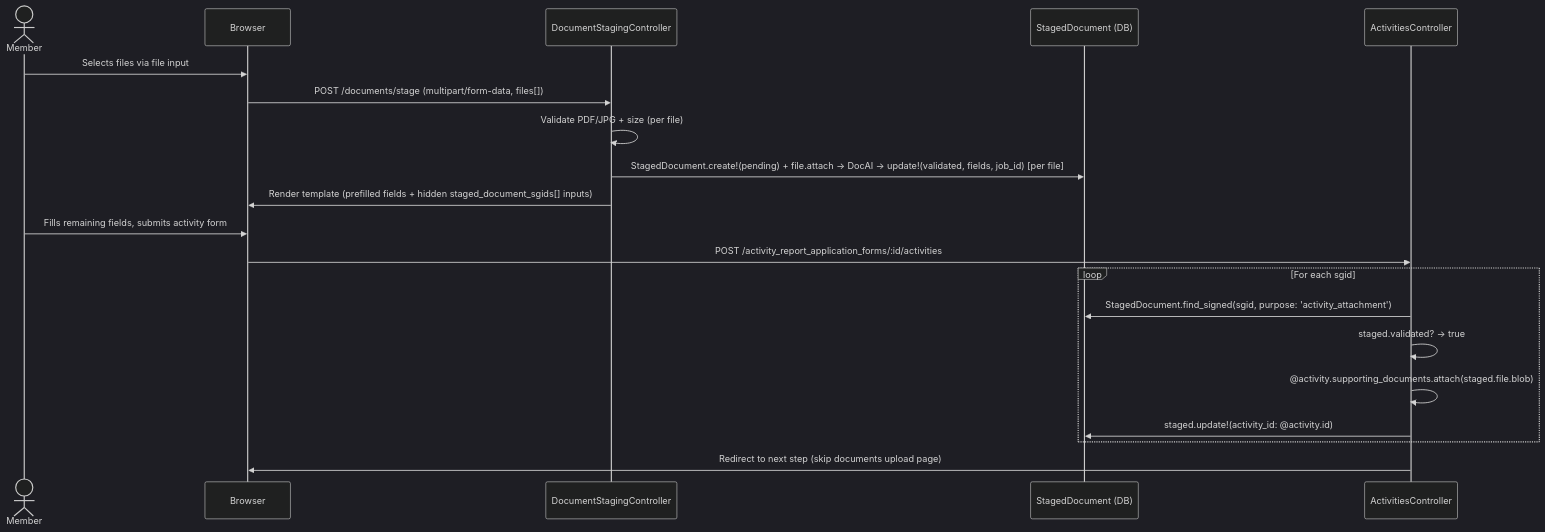
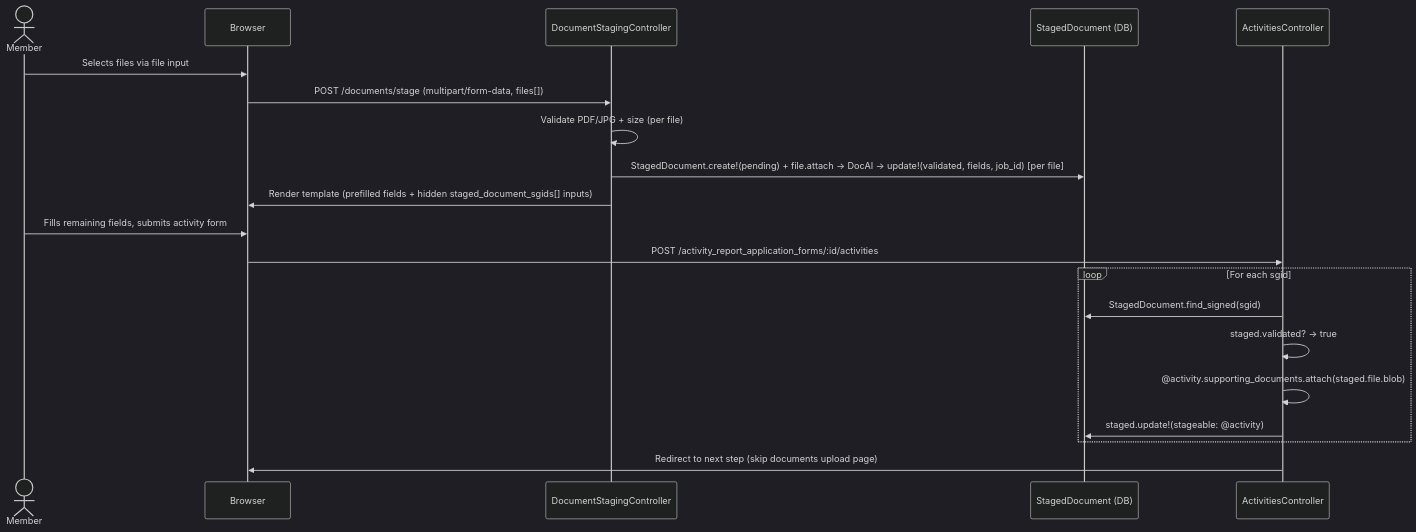
One commit to navapbc/oscer changed the third of 7 diagrams in docs/architecture/doc-ai-integration/doc-ai-api.md. Above: the diagram before and after it, drawn with Mermaid (dark theme). The commit also changed other lines of this file, not shown here.

````diff
--- a/docs/architecture/doc-ai-integration/doc-ai-api.md
+++ b/docs/architecture/doc-ai-integration/doc-ai-api.md
@@ -136,24 +136,24 @@
 ```mermaid
 sequenceDiagram
     actor Member
     participant Browser
     participant Staging as DocumentStagingController
     participant DB as StagedDocument (DB)
     participant Activities as ActivitiesController
 
     Member->>Browser: Selects files via file input
     Browser->>Staging: POST /documents/stage (multipart/form-data, files[])
     Staging->>Staging: Validate PDF/JPG + size (per file)
     Staging->>DB: StagedDocument.create!(pending) + file.attach → DocAI → update!(validated, fields, job_id) [per file]
     Staging->>Browser: Render template (prefilled fields + hidden staged_document_sgids[] inputs)
 
     Member->>Browser: Fills remaining fields, submits activity form
     Browser->>Activities: POST /activity_report_application_forms/:id/activities
     loop For each sgid
-        Activities->>DB: StagedDocument.find_signed(sgid, purpose: 'activity_attachment')
+        Activities->>DB: StagedDocument.find_signed(sgid)
         Activities->>Activities: staged.validated? → true
         Activities->>Activities: @activity.supporting_documents.attach(staged.file.blob)
-        Activities->>DB: staged.update!(activity_id: @activity.id)
+        Activities->>DB: staged.update!(stageable: @activity)
     end
     Activities->>Browser: Redirect to next step (skip documents upload page)
 ```
````
